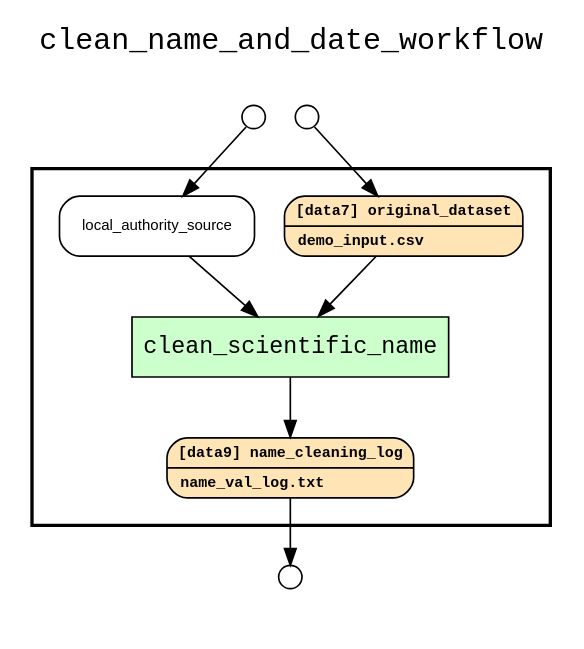
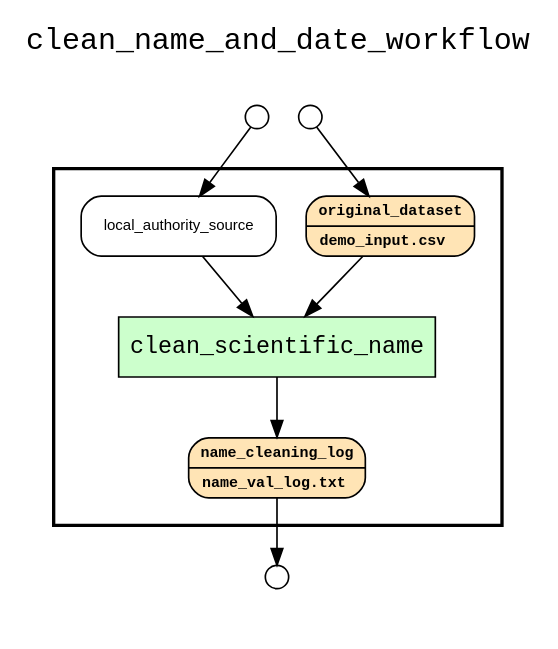
One commit to LanLi2017/yw-idcc-17 changed the diagram in examples/kurator-SPNHC16-YW-xsb/results/wf_recon_upstream_of_name_cleaning_log.gv. Above: the diagram before and after it, drawn with Graphviz. The commit also changed 106 other files, not shown here.

Commit message:
Update the reconstructed graphs.

```diff
--- a/examples/kurator-SPNHC16-YW-xsb/results/wf_recon_upstream_of_name_cleaning_log.gv
+++ b/examples/kurator-SPNHC16-YW-xsb/results/wf_recon_upstream_of_name_cleaning_log.gv
@@ -1,37 +1,37 @@
 
 digraph yw_data_view {
 rankdir=TB
 fontname=Courier; fontsize=18; labelloc=t
 label="clean_name_and_date_workflow"
 subgraph cluster_workflow { label=""; color=black; penwidth=2
 subgraph cluster_workflow_inner { label=""; color=white
 node[shape=box style="filled" fillcolor="#CCFFCC" peripheries=1 fontname=Courier]
 clean_scientific_name
 node[shape=box style="filled" fillcolor="#CCFFCC" peripheries=1 fontname=Courier]
 clean_scientific_name
 node[shape=box style="rounded,filled" fillcolor="#FFFFCC" peripheries=1 fontname=Helvetica]
 node[shape=box style="rounded,filled" fillcolor="#FFE4B5" peripheries=1 fontname="Courier-Bold" fontsize=9]
-original_dataset[shape=record rankdir=LR label="{<f0> [data7] original_dataset |<f1>demo_input.csv\l}"]
+original_dataset[shape=record rankdir=LR label="{<f0> original_dataset |<f1>demo_input.csv\l}"]
 node[shape=box style="rounded,filled" fillcolor="#FFE4B5" peripheries=1 fontname="Courier-Bold" fontsize=9]
-name_cleaning_log[shape=record rankdir=LR label="{<f0> [data9] name_cleaning_log |<f1>name_val_log.txt\l}"]
+name_cleaning_log[shape=record rankdir=LR label="{<f0> name_cleaning_log |<f1>name_val_log.txt\l}"]
 node[shape=box style="rounded,filled" fillcolor="#FFFFFF" peripheries=1 fontname=Helvetica]
 local_authority_source
 }}
 subgraph cluster_inflows { label=""; color=white; penwidth=2
 subgraph cluster_inflows_inner { label=""; color=white
 node[shape=circle fillcolor="#FFFFFF" peripheries=1 width=0.2]
 original_dataset_inflow [label=""]
 local_authority_source_inflow [label=""]
 }}
 subgraph cluster_outflows { label=""; color=white; penwidth=2
 subgraph cluster_outflows_inner { label=""; color=white
 node[shape=circle fillcolor="#FFFFFF" peripheries=1 width=0.2]
 name_cleaning_log_outflow [label=""]
 }}
 original_dataset -> clean_scientific_name
 local_authority_source -> clean_scientific_name
 clean_scientific_name -> name_cleaning_log
 original_dataset_inflow -> original_dataset
 local_authority_source_inflow -> local_authority_source
 name_cleaning_log -> name_cleaning_log_outflow
 }
```
